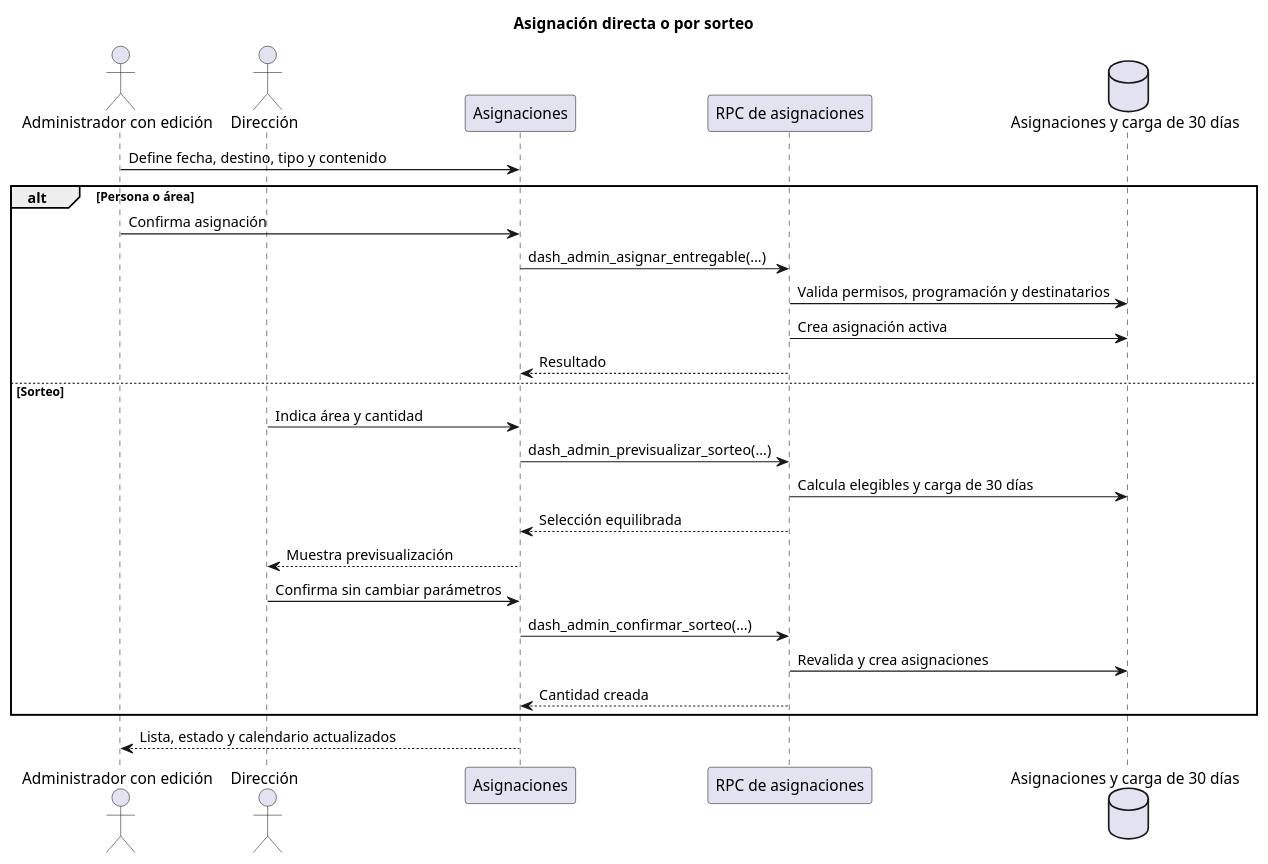
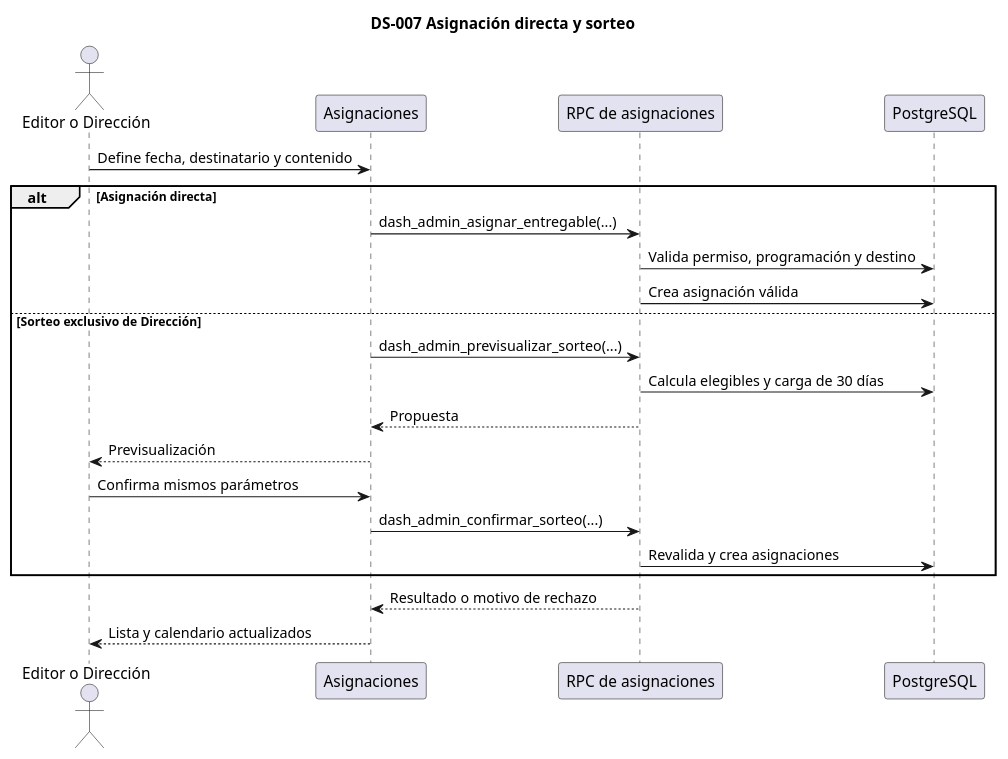
The seventh of 22 diagrams in docs/21-diagramas-secuencia-administracion-plantuml.md (kjabienestar-ux/KJA), drawn with PlantUML before and after one commit. The commit also changed other lines of this file and 4 other files, not shown here.

````diff
--- a/docs/21-diagramas-secuencia-administracion-plantuml.md
+++ b/docs/21-diagramas-secuencia-administracion-plantuml.md
@@ -222,30 +232,25 @@
 ```plantuml
 @startuml
-title Asignación directa o por sorteo
-actor "Administrador con edición" as Admin
-actor Dirección as Dir
-participant Asignaciones as Web
-participant "RPC de asignaciones" as RPC
-database "Asignaciones y carga de 30 días" as DB
-
-Admin -> Web: Define fecha, destino, tipo y contenido
-alt Persona o área
-  Admin -> Web: Confirma asignación
-  Web -> RPC: dash_admin_asignar_entregable(...)
-  RPC -> DB: Valida permisos, programación y destinatarios
-  RPC -> DB: Crea asignación activa
-  RPC --> Web: Resultado
-else Sorteo
-  Dir -> Web: Indica área y cantidad
-  Web -> RPC: dash_admin_previsualizar_sorteo(...)
-  RPC -> DB: Calcula elegibles y carga de 30 días
-  RPC --> Web: Selección equilibrada
-  Web --> Dir: Muestra previsualización
-  Dir -> Web: Confirma sin cambiar parámetros
-  Web -> RPC: dash_admin_confirmar_sorteo(...)
-  RPC -> DB: Revalida y crea asignaciones
-  RPC --> Web: Cantidad creada
+title DS-007 Asignación directa y sorteo
+actor "Editor o Dirección" as U
+participant "Asignaciones" as W
+participant "RPC de asignaciones" as R
+participant "PostgreSQL" as B
+U -> W: Define fecha, destinatario y contenido
+alt Asignación directa
+W -> R: dash_admin_asignar_entregable(...)
+R -> B: Valida permiso, programación y destino
+R -> B: Crea asignación válida
+else Sorteo exclusivo de Dirección
+W -> R: dash_admin_previsualizar_sorteo(...)
+R -> B: Calcula elegibles y carga de 30 días
+R --> W: Propuesta
+W --> U: Previsualización
+U -> W: Confirma mismos parámetros
+W -> R: dash_admin_confirmar_sorteo(...)
+R -> B: Revalida y crea asignaciones
 end
-Web --> Admin: Lista, estado y calendario actualizados
+R --> W: Resultado o motivo de rechazo
+W --> U: Lista y calendario actualizados
 @enduml
 ```
````
